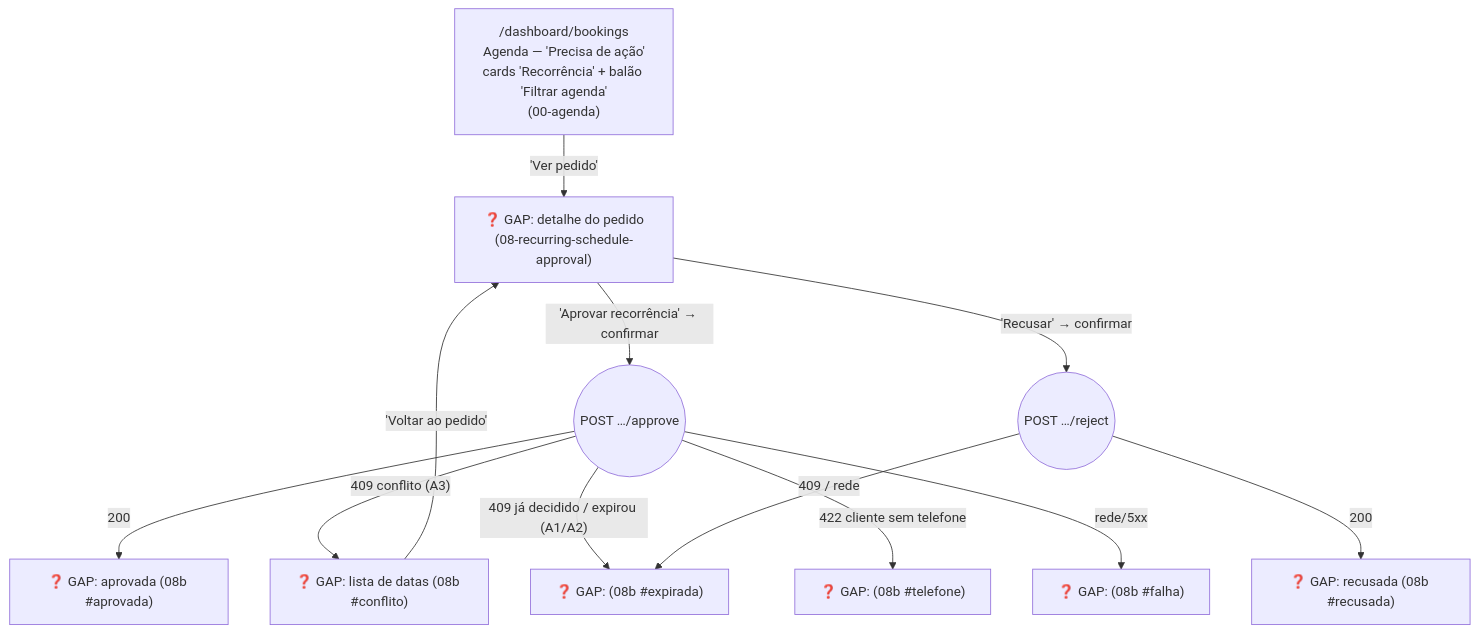
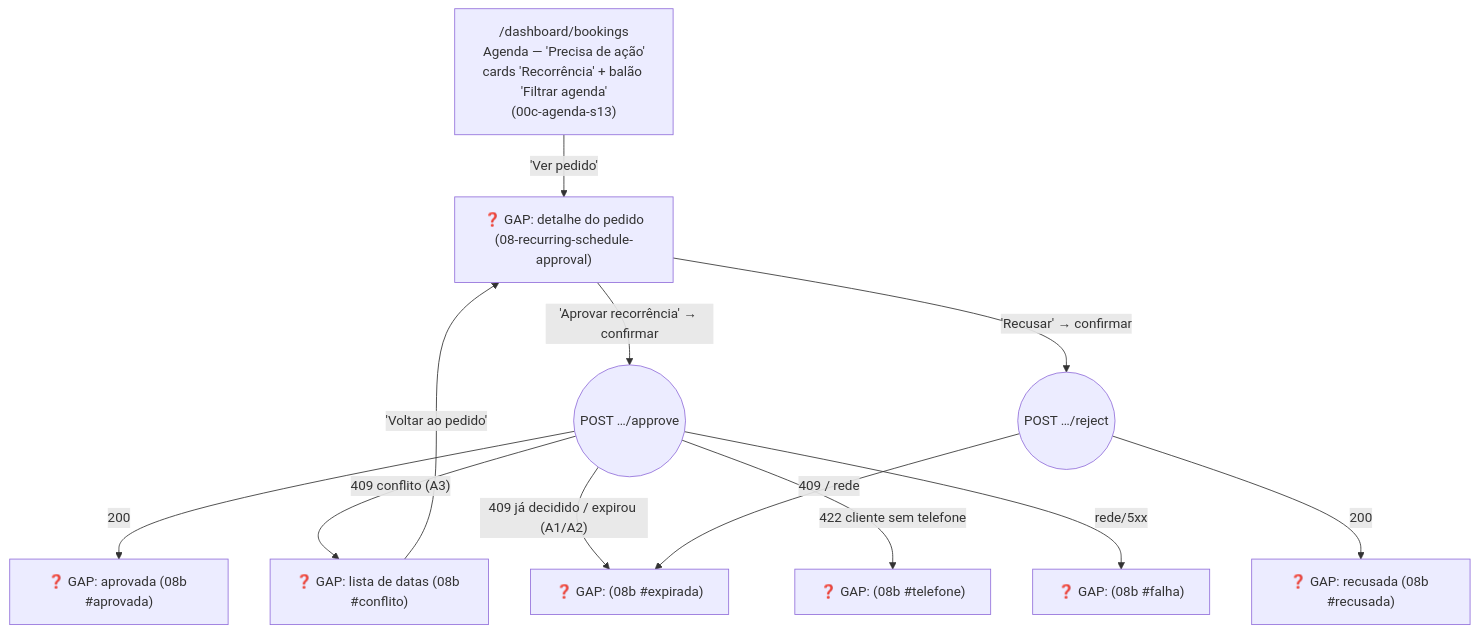
The second of 5 diagrams in plan/journey/staff/agenda.md (lmmoreira/ikaro), drawn with Mermaid before and after one commit. The commit also changed other lines of this file and 5 other files, not shown here.

````diff
--- a/plan/journey/staff/agenda.md
+++ b/plan/journey/staff/agenda.md
@@ -162,16 +163,16 @@
 ```mermaid
 flowchart TD
     classDef gap stroke:#f00,stroke-dasharray: 5 5,fill:#fee
 
-    Fila["/dashboard/bookings<br/>Agenda — 'Precisa de ação'<br/>cards 'Recorrência' + balão 'Filtrar agenda'<br/>(00-agenda)"] -->|"'Ver pedido'"| Pedido["❓ GAP: detalhe do pedido<br/>(08-recurring-schedule-approval)"]
+    Fila["/dashboard/bookings<br/>Agenda — 'Precisa de ação'<br/>cards 'Recorrência' + balão 'Filtrar agenda'<br/>(00c-agenda-s13)"] -->|"'Ver pedido'"| Pedido["❓ GAP: detalhe do pedido<br/>(08-recurring-schedule-approval)"]
     Pedido -->|"'Aprovar recorrência' → confirmar"| ApAprova(("POST …/approve"))
     Pedido -->|"'Recusar' → confirmar"| ApRecusa(("POST …/reject"))
     ApAprova -->|"200"| R1["❓ GAP: aprovada (08b #aprovada)"]
     ApAprova -->|"409 conflito (A3)"| R3["❓ GAP: lista de datas (08b #conflito)"]
     ApAprova -->|"409 já decidido / expirou (A1/A2)"| R4["❓ GAP: (08b #expirada)"]
     ApAprova -->|"422 cliente sem telefone"| R5["❓ GAP: (08b #telefone)"]
     ApAprova -->|"rede/5xx"| R6["❓ GAP: (08b #falha)"]
     ApRecusa -->|"200"| R2["❓ GAP: recusada (08b #recusada)"]
     ApRecusa -->|"409 / rede"| R4
     R3 -->|"'Voltar ao pedido'"| Pedido
 ```
````
